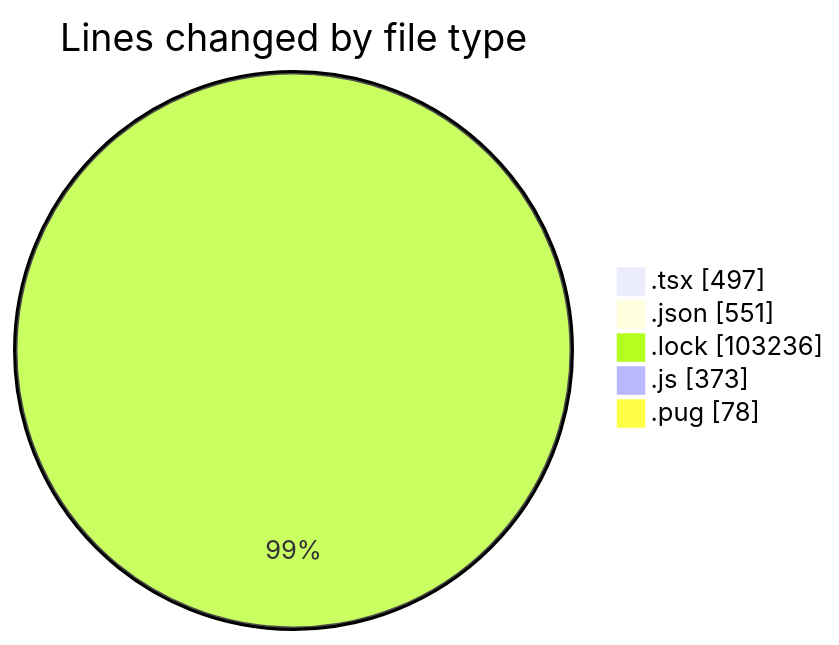
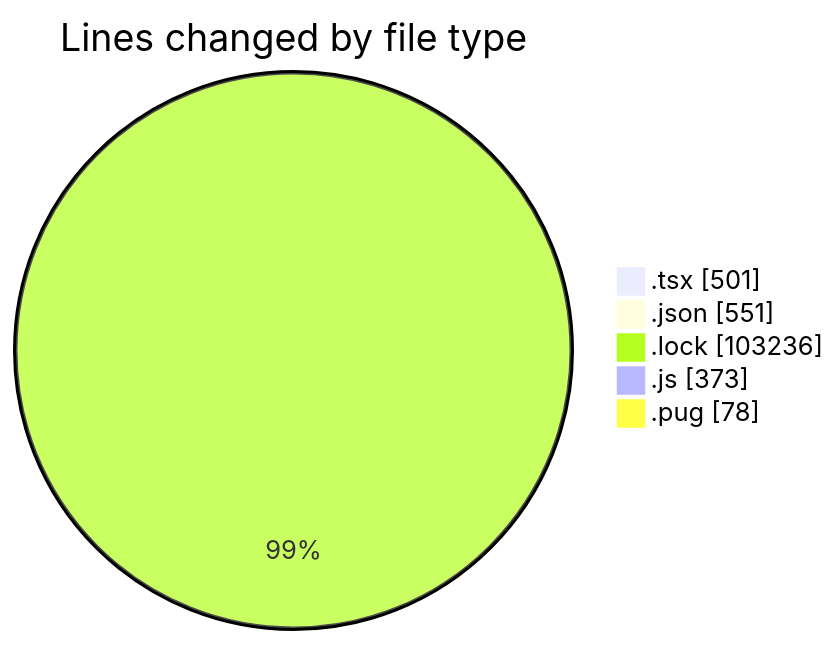
One commit to momahboobian/code-tracking changed the first of 2 diagrams in 2025-03-10/cda/README.md. Above: the diagram before and after it, drawn with Mermaid. The commit also changed other lines of this file and 1 other file, not shown here.

````diff
--- a/2025-03-10/cda/README.md
+++ b/2025-03-10/cda/README.md
@@ -45,9 +45,9 @@
 ```mermaid
 pie showData
 title Lines changed by file type
-".tsx" : 497
+".tsx" : 501
 ".json" : 551
 ".lock" : 103236
 ".js" : 373
 ".pug" : 78
 ```
````
